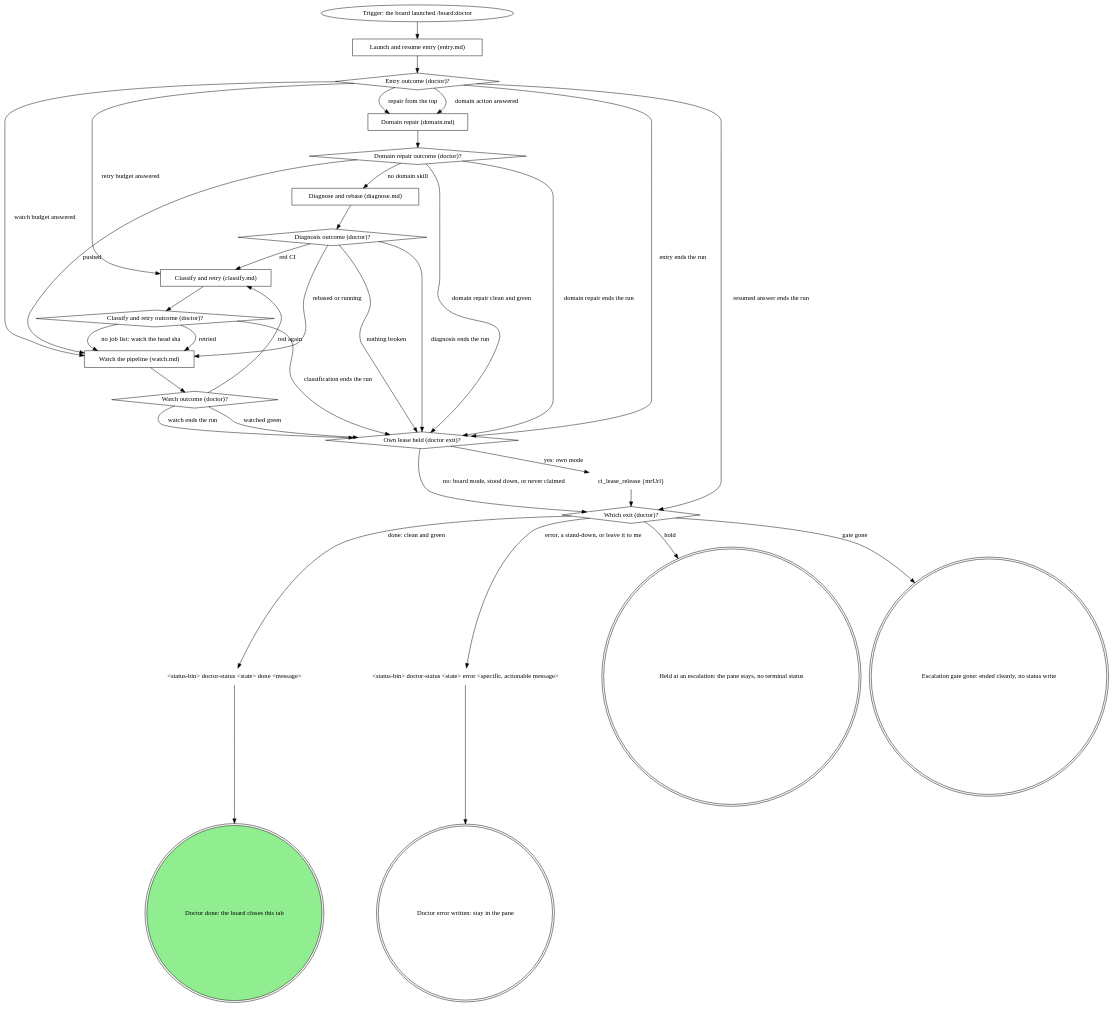
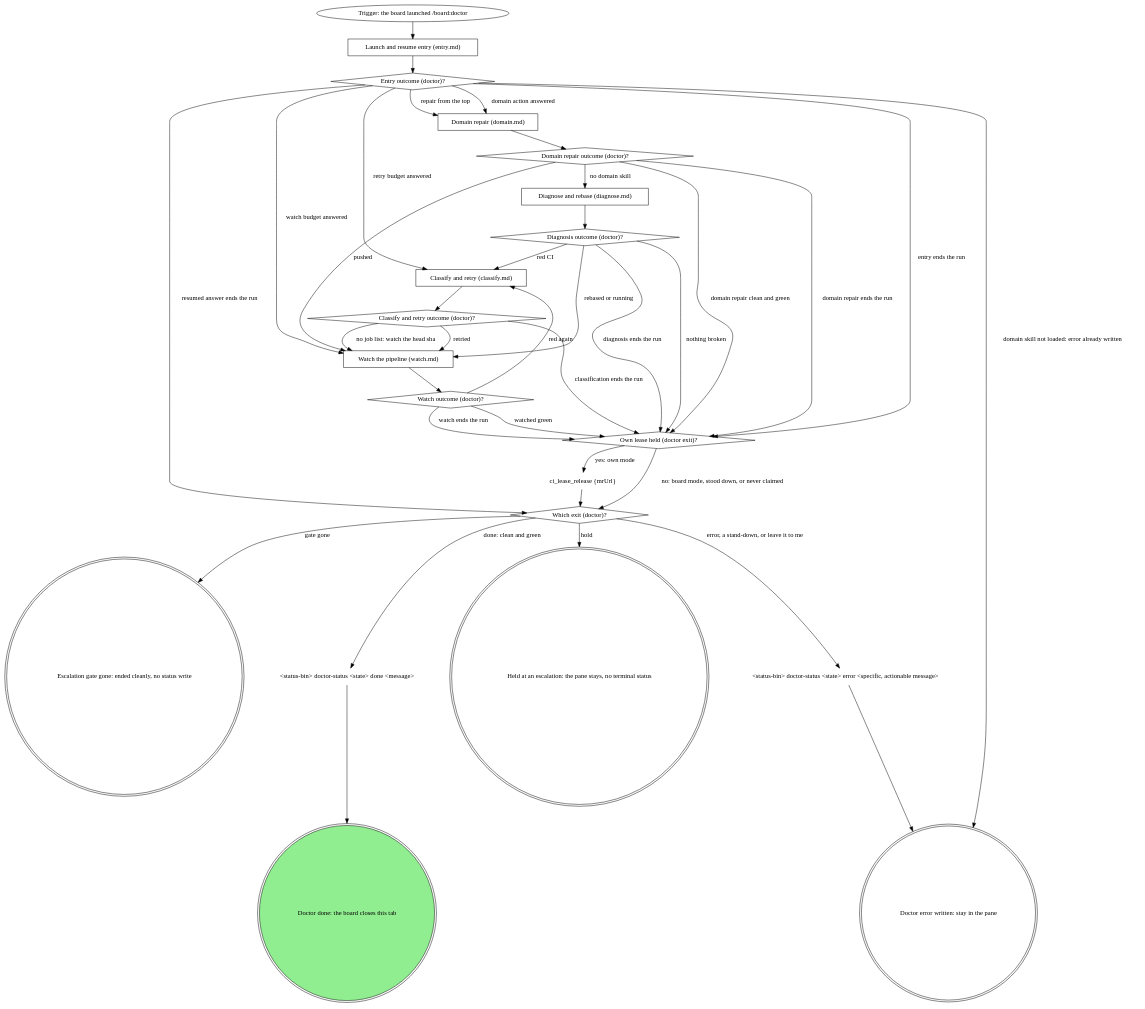
The first of 2 diagrams in apps/board/skills-src/doctor/SKILL.md (m4ttstack/mattstack), drawn with Graphviz before and after one commit. The commit also changed other lines of this file and 9 other files, not shown here.

First line of the commit message:
board: a wrapper whose --skill does not load writes error and ends

````diff
--- a/apps/board/skills-src/doctor/SKILL.md
+++ b/apps/board/skills-src/doctor/SKILL.md
@@ -64,62 +64,63 @@
 ```dot
 digraph doctor_flow {
     rankdir=TB;
 
     "Trigger: the board launched /board:doctor" [shape=ellipse];
     "Launch and resume entry (entry.md)" [shape=box];
     "Entry outcome (doctor)?" [shape=diamond];
     "Domain repair (domain.md)" [shape=box];
     "Domain repair outcome (doctor)?" [shape=diamond];
     "Diagnose and rebase (diagnose.md)" [shape=box];
     "Diagnosis outcome (doctor)?" [shape=diamond];
     "Classify and retry (classify.md)" [shape=box];
     "Classify and retry outcome (doctor)?" [shape=diamond];
     "Watch the pipeline (watch.md)" [shape=box];
     "Watch outcome (doctor)?" [shape=diamond];
     "Own lease held (doctor exit)?" [shape=diamond];
     "ci_lease_release {mrUrl}" [shape=plaintext];
     "Which exit (doctor)?" [shape=diamond];
     "<status-bin> doctor-status <state> done <message>" [shape=plaintext];
     "<status-bin> doctor-status <state> error <specific, actionable message>" [shape=plaintext];
     "Doctor error written: stay in the pane" [shape=doublecircle];
     "Held at an escalation: the pane stays, no terminal status" [shape=doublecircle];
     "Escalation gate gone: ended cleanly, no status write" [shape=doublecircle];
     "Doctor done: the board closes this tab" [shape=doublecircle style=filled fillcolor=lightgreen];
 
     "Trigger: the board launched /board:doctor" -> "Launch and resume entry (entry.md)";
     "Launch and resume entry (entry.md)" -> "Entry outcome (doctor)?";
     "Entry outcome (doctor)?" -> "Domain repair (domain.md)" [label="repair from the top"];
     "Entry outcome (doctor)?" -> "Domain repair (domain.md)" [label="domain action answered"];
     "Entry outcome (doctor)?" -> "Classify and retry (classify.md)" [label="retry budget answered"];
     "Entry outcome (doctor)?" -> "Watch the pipeline (watch.md)" [label="watch budget answered"];
     "Entry outcome (doctor)?" -> "Own lease held (doctor exit)?" [label="entry ends the run"];
     "Entry outcome (doctor)?" -> "Which exit (doctor)?" [label="resumed answer ends the run"];
+    "Entry outcome (doctor)?" -> "Doctor error written: stay in the pane" [label="domain skill not loaded: error already written"];
     "Domain repair (domain.md)" -> "Domain repair outcome (doctor)?";
     "Domain repair outcome (doctor)?" -> "Diagnose and rebase (diagnose.md)" [label="no domain skill"];
     "Domain repair outcome (doctor)?" -> "Watch the pipeline (watch.md)" [label="pushed"];
     "Domain repair outcome (doctor)?" -> "Own lease held (doctor exit)?" [label="domain repair clean and green"];
     "Domain repair outcome (doctor)?" -> "Own lease held (doctor exit)?" [label="domain repair ends the run"];
     "Diagnose and rebase (diagnose.md)" -> "Diagnosis outcome (doctor)?";
     "Diagnosis outcome (doctor)?" -> "Classify and retry (classify.md)" [label="red CI"];
     "Diagnosis outcome (doctor)?" -> "Watch the pipeline (watch.md)" [label="rebased or running"];
     "Diagnosis outcome (doctor)?" -> "Own lease held (doctor exit)?" [label="nothing broken"];
     "Diagnosis outcome (doctor)?" -> "Own lease held (doctor exit)?" [label="diagnosis ends the run"];
     "Classify and retry (classify.md)" -> "Classify and retry outcome (doctor)?";
     "Classify and retry outcome (doctor)?" -> "Watch the pipeline (watch.md)" [label="retried"];
     "Classify and retry outcome (doctor)?" -> "Watch the pipeline (watch.md)" [label="no job list: watch the head sha"];
     "Classify and retry outcome (doctor)?" -> "Own lease held (doctor exit)?" [label="classification ends the run"];
     "Watch the pipeline (watch.md)" -> "Watch outcome (doctor)?";
     "Watch outcome (doctor)?" -> "Classify and retry (classify.md)" [label="red again"];
     "Watch outcome (doctor)?" -> "Own lease held (doctor exit)?" [label="watched green"];
     "Watch outcome (doctor)?" -> "Own lease held (doctor exit)?" [label="watch ends the run"];
     "Own lease held (doctor exit)?" -> "ci_lease_release {mrUrl}" [label="yes: own mode"];
     "Own lease held (doctor exit)?" -> "Which exit (doctor)?" [label="no: board mode, stood down, or never claimed"];
     "ci_lease_release {mrUrl}" -> "Which exit (doctor)?";
     "Which exit (doctor)?" -> "<status-bin> doctor-status <state> done <message>" [label="done: clean and green"];
     "Which exit (doctor)?" -> "<status-bin> doctor-status <state> error <specific, actionable message>" [label="error, a stand-down, or leave it to me"];
     "Which exit (doctor)?" -> "Held at an escalation: the pane stays, no terminal status" [label="hold"];
     "Which exit (doctor)?" -> "Escalation gate gone: ended cleanly, no status write" [label="gate gone"];
     "<status-bin> doctor-status <state> done <message>" -> "Doctor done: the board closes this tab";
     "<status-bin> doctor-status <state> error <specific, actionable message>" -> "Doctor error written: stay in the pane";
 }
 ```
````
